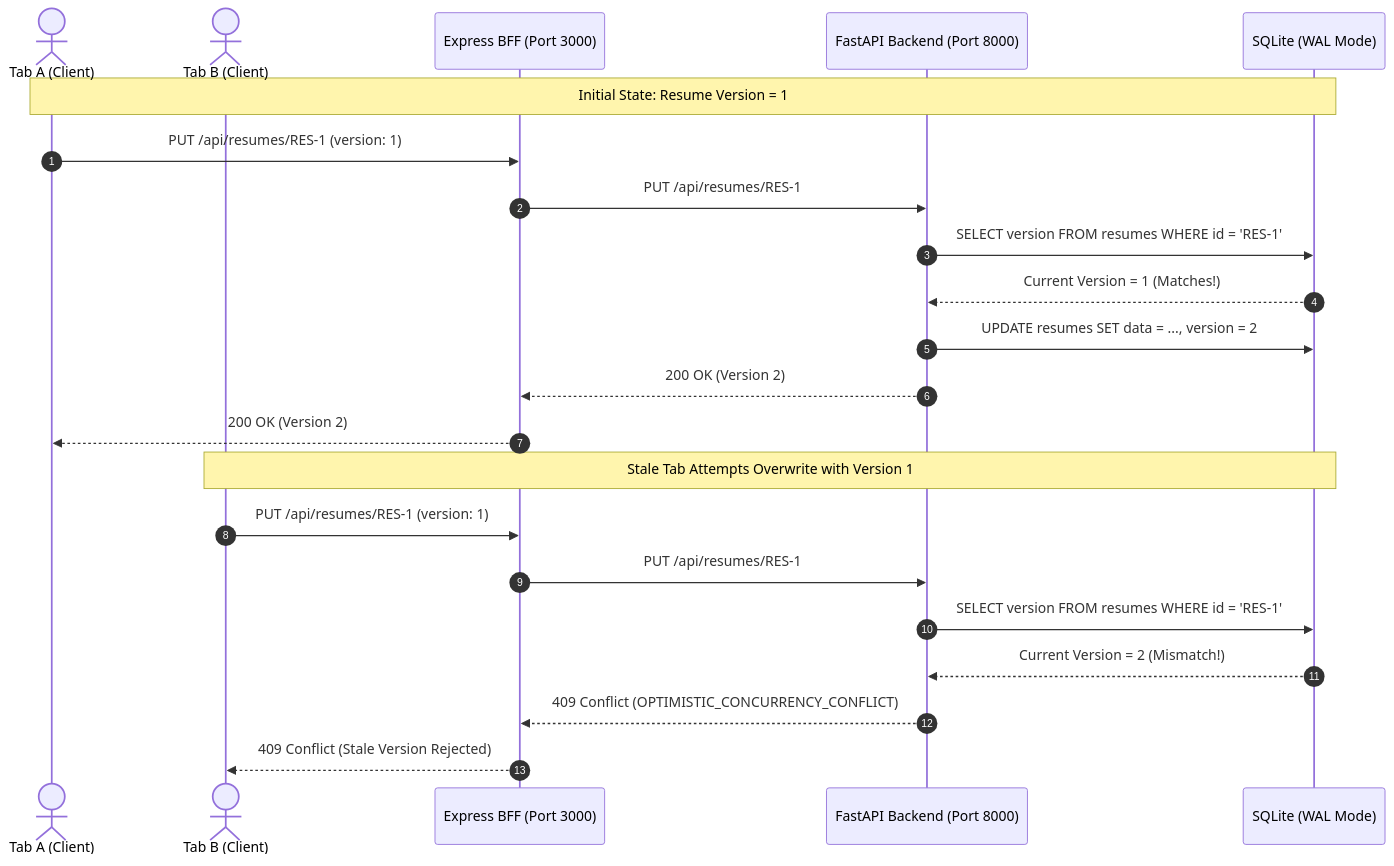
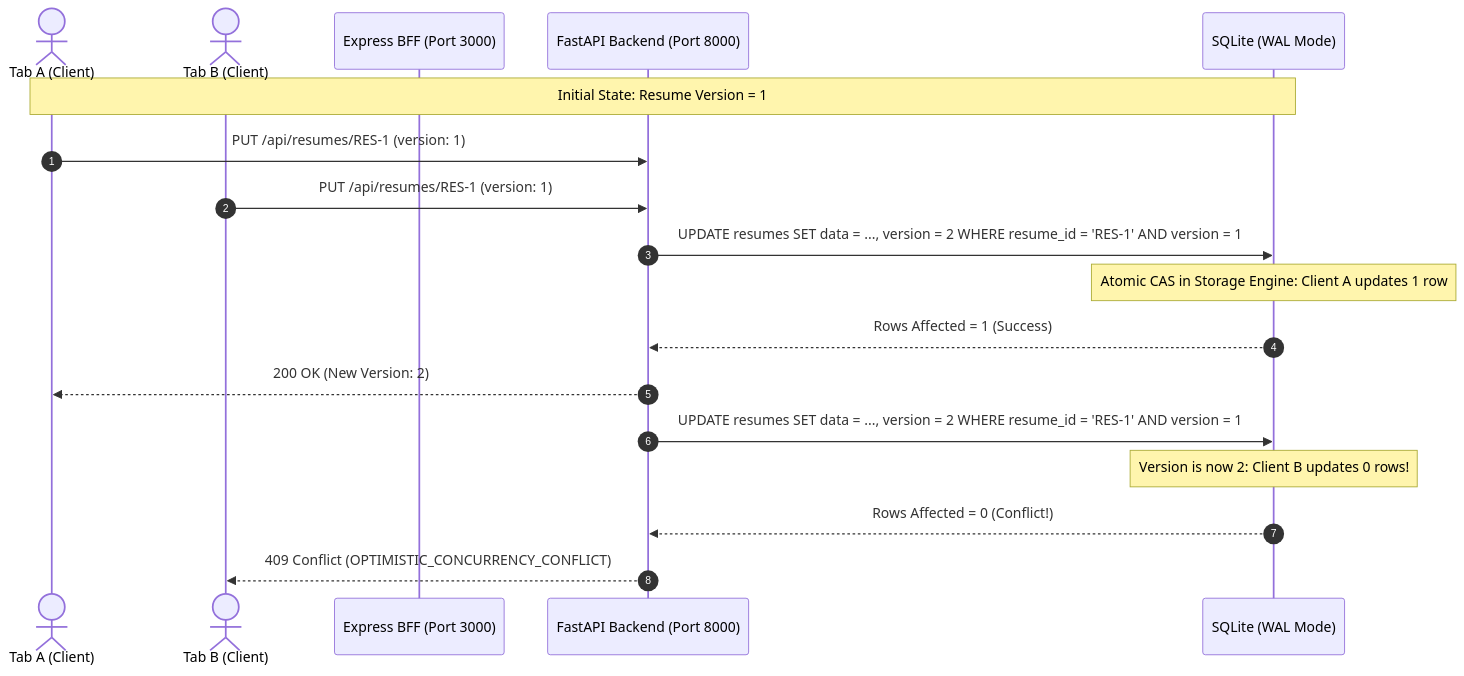
Before and after one commit to Ramakrishnan-2002/Intellresume_2026: the third of 3 diagrams in docs/system-design.md, drawn with Mermaid. The commit also changed other lines of this file and 4 other files, not shown here.

````diff
--- a/docs/system-design.md
+++ b/docs/system-design.md
@@ -105,26 +105,23 @@
 ```mermaid
 sequenceDiagram
     autonumber
     actor ClientA as Tab A (Client)
     actor ClientB as Tab B (Client)
     participant BFF as Express BFF (Port 3000)
     participant Backend as FastAPI Backend (Port 8000)
     participant SQLite as SQLite (WAL Mode)
 
     Note over ClientA,SQLite: Initial State: Resume Version = 1
-    ClientA->>BFF: PUT /api/resumes/RES-1 (version: 1)
-    BFF->>Backend: PUT /api/resumes/RES-1
-    Backend->>SQLite: SELECT version FROM resumes WHERE id = 'RES-1'
-    SQLite-->>Backend: Current Version = 1 (Matches!)
-    Backend->>SQLite: UPDATE resumes SET data = ..., version = 2
-    Backend-->>BFF: 200 OK (Version 2)
-    BFF-->>ClientA: 200 OK (Version 2)
+    ClientA->>Backend: PUT /api/resumes/RES-1 (version: 1)
+    ClientB->>Backend: PUT /api/resumes/RES-1 (version: 1)
 
-    Note over ClientB,SQLite: Stale Tab Attempts Overwrite with Version 1
-    ClientB->>BFF: PUT /api/resumes/RES-1 (version: 1)
-    BFF->>Backend: PUT /api/resumes/RES-1
-    Backend->>SQLite: SELECT version FROM resumes WHERE id = 'RES-1'
-    SQLite-->>Backend: Current Version = 2 (Mismatch!)
-    Backend-->>BFF: 409 Conflict (OPTIMISTIC_CONCURRENCY_CONFLICT)
-    BFF-->>ClientB: 409 Conflict (Stale Version Rejected)
+    Backend->>SQLite: UPDATE resumes SET data = ..., version = 2 WHERE resume_id = 'RES-1' AND version = 1
+    Note over SQLite: Atomic CAS in Storage Engine: Client A updates 1 row
+    SQLite-->>Backend: Rows Affected = 1 (Success)
+    Backend-->>ClientA: 200 OK (New Version: 2)
+
+    Backend->>SQLite: UPDATE resumes SET data = ..., version = 2 WHERE resume_id = 'RES-1' AND version = 1
+    Note over SQLite: Version is now 2: Client B updates 0 rows!
+    SQLite-->>Backend: Rows Affected = 0 (Conflict!)
+    Backend-->>ClientB: 409 Conflict (OPTIMISTIC_CONCURRENCY_CONFLICT)
 ```
````
